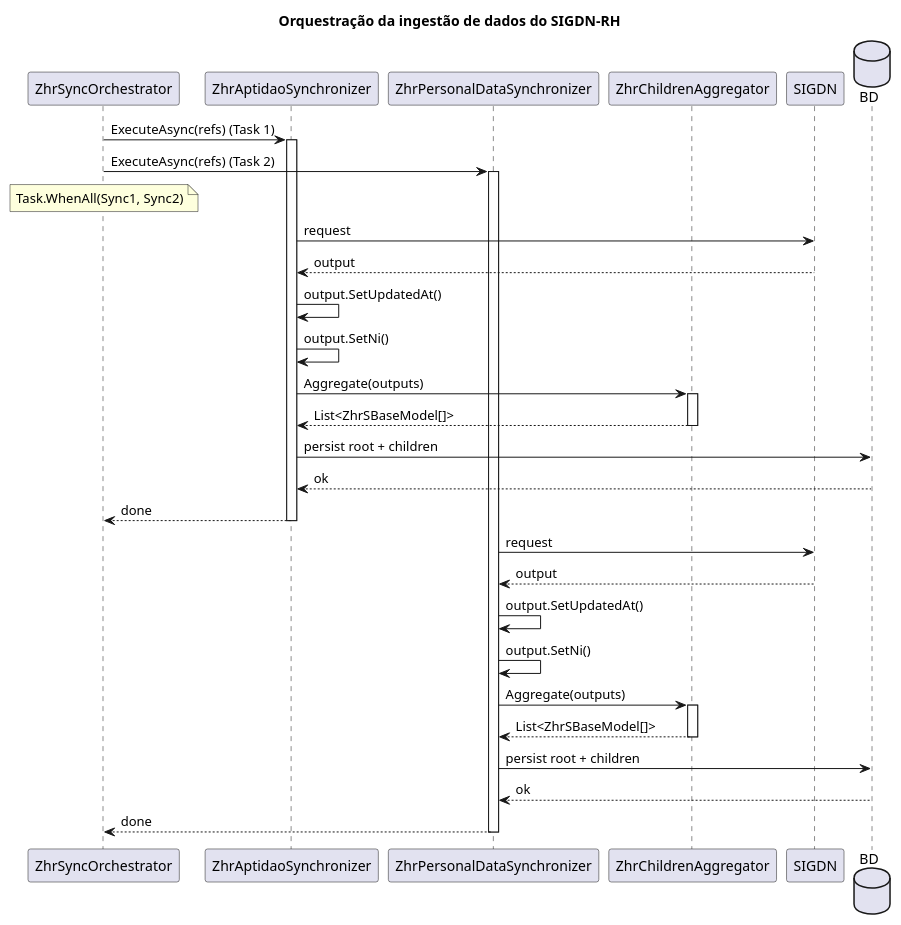
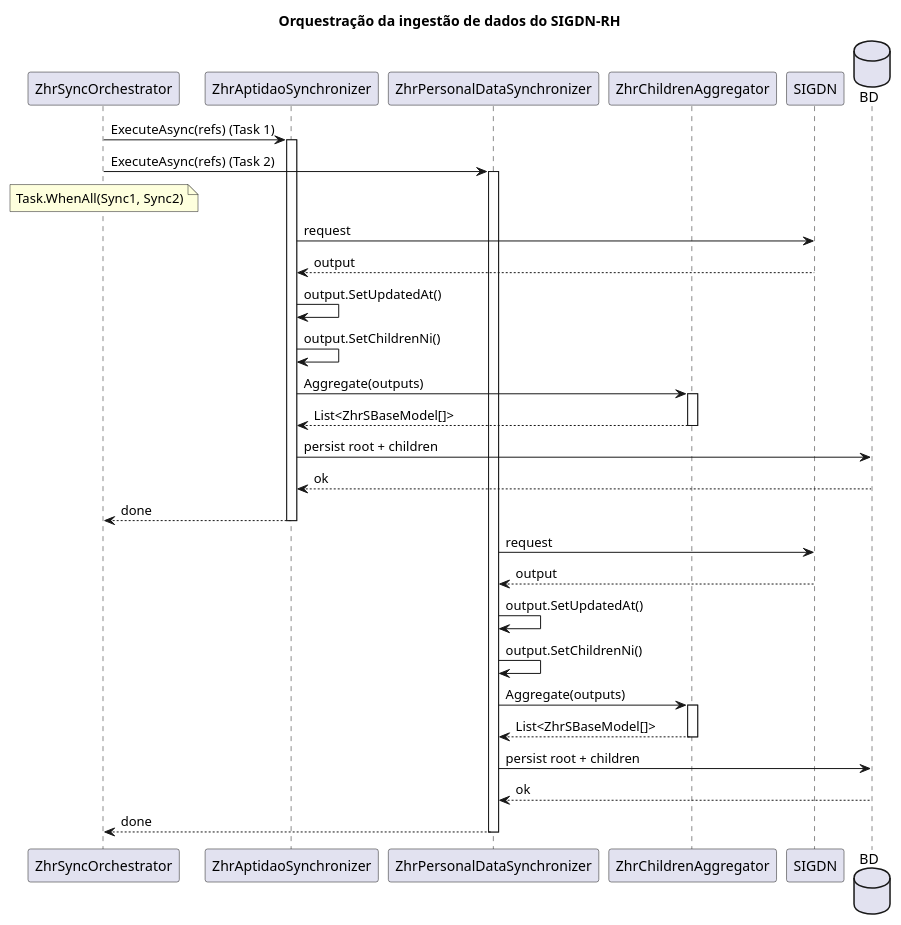
The second of 2 diagrams in docs/adr/ADR-002-sync-orchestration-strategy.md (Raimundo82/pessoas-integracao), drawn with PlantUML before and after one commit. The commit also changed other lines of this file, not shown here.

Commit message:
chore: fix GetChildren as abstract in ZhrSBaseModelOutput and improve method name to SetChildrenNi

````diff
--- a/docs/adr/ADR-002-sync-orchestration-strategy.md
+++ b/docs/adr/ADR-002-sync-orchestration-strategy.md
@@ -114,56 +114,56 @@
 ```plantuml
 @startuml Sequência
 
 title Orquestração da ingestão de dados do SIGDN-RH
 
 participant ZhrSyncOrchestrator as Orchestrator
 participant "ZhrAptidaoSynchronizer" as Sync1
 participant "ZhrPersonalDataSynchronizer" as Sync2
 participant ZhrChildrenAggregator as Aggregator
 participant SIGDN
 database BD
 
 Orchestrator -> Sync1: ExecuteAsync(refs) (Task 1)
 activate Sync1
 
 Orchestrator -> Sync2: ExecuteAsync(refs) (Task 2)
 activate Sync2
 
 note over Orchestrator: Task.WhenAll(Sync1, Sync2)
 
 Sync1 -> SIGDN: request
 SIGDN --> Sync1: output
 
 Sync1 -> Sync1: output.SetUpdatedAt()
-Sync1 -> Sync1: output.SetNi()
+Sync1 -> Sync1: output.SetChildrenNi()
 
 Sync1 -> Aggregator: Aggregate(outputs)
 activate Aggregator
 Aggregator --> Sync1: List<ZhrSBaseModel[]>
 deactivate Aggregator
 
 Sync1 -> BD: persist root + children
 BD --> Sync1: ok
 
 Sync1 --> Orchestrator: done
 deactivate Sync1
 
 Sync2 -> SIGDN: request
 SIGDN --> Sync2: output
 
 Sync2 -> Sync2: output.SetUpdatedAt()
-Sync2 -> Sync2: output.SetNi()
+Sync2 -> Sync2: output.SetChildrenNi()
 
 Sync2 -> Aggregator: Aggregate(outputs)
 activate Aggregator
 Aggregator --> Sync2: List<ZhrSBaseModel[]>
 deactivate Aggregator
 
 Sync2 -> BD: persist root + children
 BD --> Sync2: ok
 
 Sync2 --> Orchestrator: done
 deactivate Sync2
 
 @enduml
 ```
````
